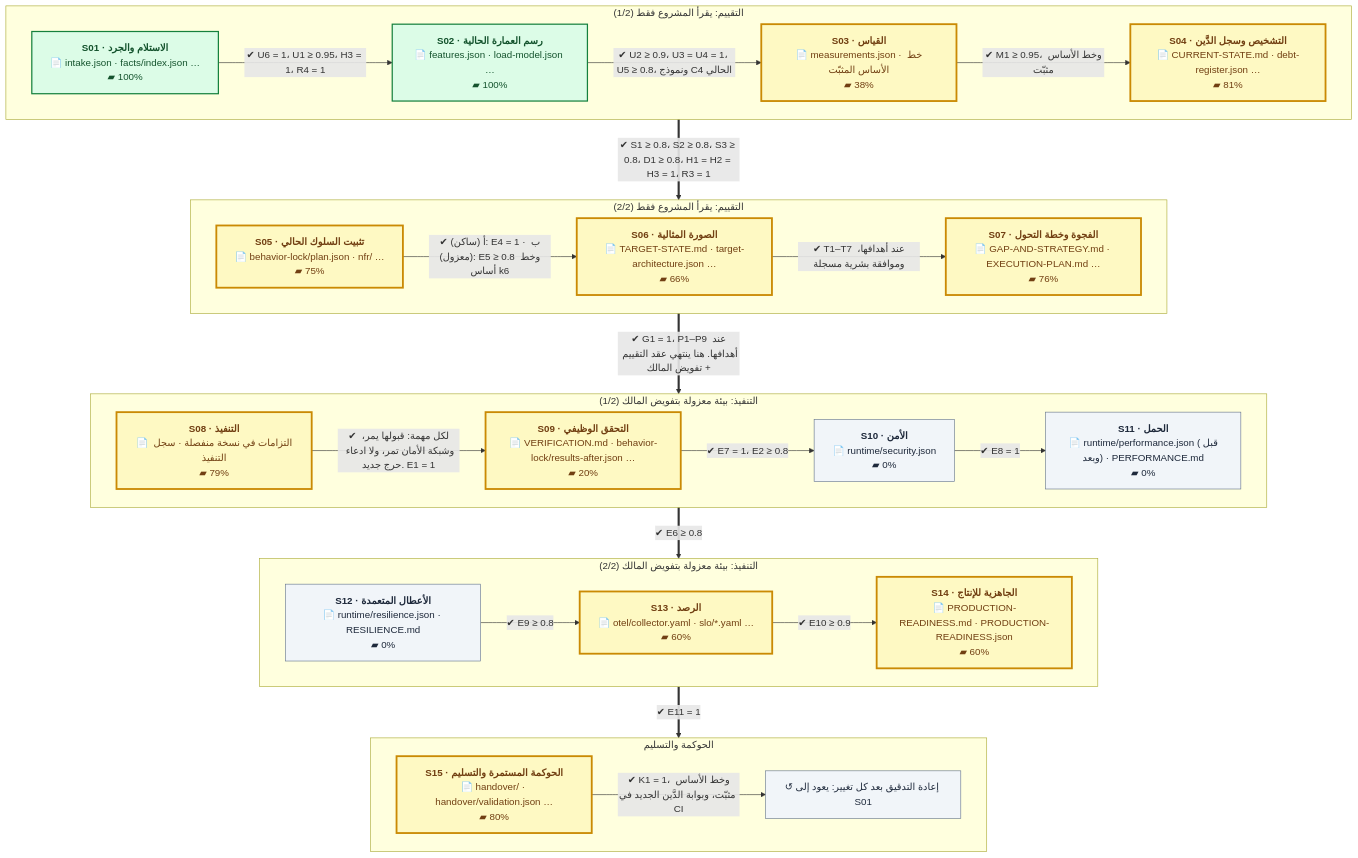
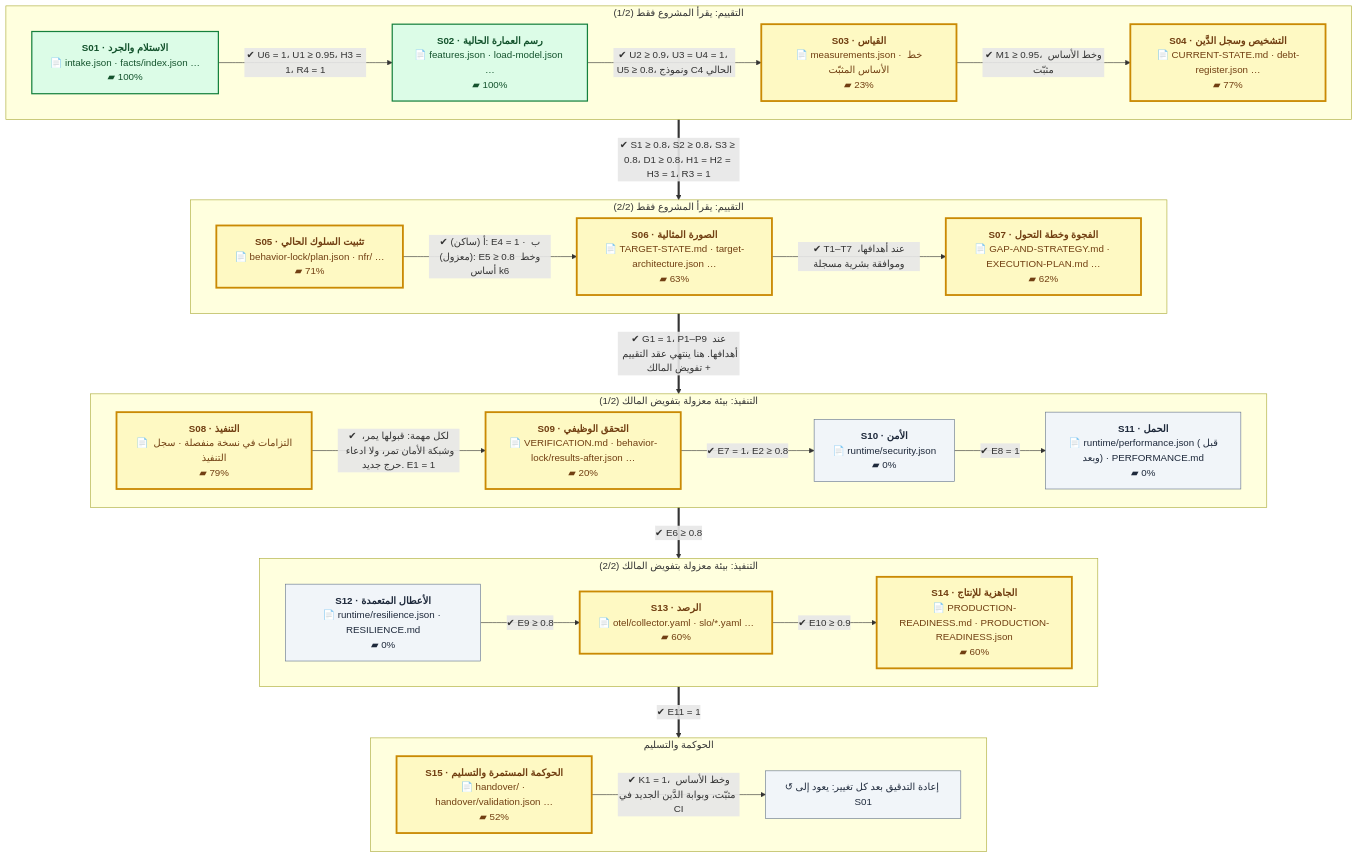
One commit to eom1417/engineering-audit-os changed the first of 2 diagrams in README.md. Above: the diagram before and after it, drawn with Mermaid. The commit also changed other lines of this file and 10 other files, not shown here.

````diff
--- a/README.md
+++ b/README.md
@@ -52,54 +52,54 @@
 ```mermaid
 %%{init: {'flowchart': {'wrappingWidth': 260, 'nodeSpacing': 40, 'rankSpacing': 60}}}%%
 flowchart TB
     subgraph P1["التقييم: يقرأ المشروع فقط (1/2)"]
         direction LR
         S01["<b>S01 · الاستلام والجرد</b><br/>📄 intake.json · facts/index.json …<br/>▰ 100%"]:::done
         S02["<b>S02 · رسم العمارة الحالية</b><br/>📄 features.json · load-model.json …<br/>▰ 100%"]:::done
-        S03["<b>S03 · القياس</b><br/>📄 measurements.json · خط الأساس المثبّت<br/>▰ 38%"]:::current
-        S04["<b>S04 · التشخيص وسجل الدَّين</b><br/>📄 CURRENT-STATE.md · debt-register.json …<br/>▰ 81%"]:::current
+        S03["<b>S03 · القياس</b><br/>📄 measurements.json · خط الأساس المثبّت<br/>▰ 23%"]:::current
+        S04["<b>S04 · التشخيص وسجل الدَّين</b><br/>📄 CURRENT-STATE.md · debt-register.json …<br/>▰ 77%"]:::current
         S01 -->|"✔ U6 = 1، U1 ≥ 0.95، H3 = 1، R4 = 1"| S02
         S02 -->|"✔ U2 ≥ 0.9، U3 = U4 = 1، U5 ≥ 0.8، ونموذج C4 الحالي"| S03
         S03 -->|"✔ M1 ≥ 0.95، وخط الأساس مثبّت"| S04
     end
     subgraph P2["التقييم: يقرأ المشروع فقط (2/2)"]
         direction LR
-        S05["<b>S05 · تثبيت السلوك الحالي</b><br/>📄 behavior-lock/plan.json · nfr/ …<br/>▰ 75%"]:::current
-        S06["<b>S06 · الصورة المثالية</b><br/>📄 TARGET-STATE.md · target-architecture.json …<br/>▰ 66%"]:::current
-        S07["<b>S07 · الفجوة وخطة التحول</b><br/>📄 GAP-AND-STRATEGY.md · EXECUTION-PLAN.md …<br/>▰ 76%"]:::current
+        S05["<b>S05 · تثبيت السلوك الحالي</b><br/>📄 behavior-lock/plan.json · nfr/ …<br/>▰ 71%"]:::current
+        S06["<b>S06 · الصورة المثالية</b><br/>📄 TARGET-STATE.md · target-architecture.json …<br/>▰ 63%"]:::current
+        S07["<b>S07 · الفجوة وخطة التحول</b><br/>📄 GAP-AND-STRATEGY.md · EXECUTION-PLAN.md …<br/>▰ 62%"]:::current
         S05 -->|"✔ أ (ساكن): E4 = 1 · ب (معزول): E5 ≥ 0.8 وخط أساس k6"| S06
         S06 -->|"✔ T1–T7 عند أهدافها، وموافقة بشرية مسجلة"| S07
     end
     subgraph P3["التنفيذ: بيئة معزولة بتفويض المالك (1/2)"]
         direction LR
         S08["<b>S08 · التنفيذ</b><br/>📄 التزامات في نسخة منفصلة · سجل التنفيذ<br/>▰ 79%"]:::current
         S09["<b>S09 · التحقق الوظيفي</b><br/>📄 VERIFICATION.md · behavior-lock/results-after.json …<br/>▰ 20%"]:::current
         S10["<b>S10 · الأمن</b><br/>📄 runtime/security.json<br/>▰ 0%"]:::next
         S11["<b>S11 · الحمل</b><br/>📄 runtime/performance.json (قبل وبعد) · PERFORMANCE.md<br/>▰ 0%"]:::next
         S08 -->|"✔ لكل مهمة: قبولها يمر، وشبكة الأمان تمر، ولا ادعاء حرج جديد. E1 = 1"| S09
         S09 -->|"✔ E7 = 1، E2 ≥ 0.8"| S10
         S10 -->|"✔ E8 = 1"| S11
     end
     subgraph P4["التنفيذ: بيئة معزولة بتفويض المالك (2/2)"]
         direction LR
         S12["<b>S12 · الأعطال المتعمدة</b><br/>📄 runtime/resilience.json · RESILIENCE.md<br/>▰ 0%"]:::next
         S13["<b>S13 · الرصد</b><br/>📄 otel/collector.yaml · slo/*.yaml …<br/>▰ 60%"]:::current
         S14["<b>S14 · الجاهزية للإنتاج</b><br/>📄 PRODUCTION-READINESS.md · PRODUCTION-READINESS.json<br/>▰ 60%"]:::current
         S12 -->|"✔ E9 ≥ 0.8"| S13
         S13 -->|"✔ E10 ≥ 0.9"| S14
     end
     subgraph P5["الحوكمة والتسليم"]
         direction LR
-        S15["<b>S15 · الحوكمة المستمرة والتسليم</b><br/>📄 handover/ · handover/validation.json …<br/>▰ 80%"]:::current
+        S15["<b>S15 · الحوكمة المستمرة والتسليم</b><br/>📄 handover/ · handover/validation.json …<br/>▰ 52%"]:::current
         LOOP["↺ إعادة التدقيق بعد كل تغيير: يعود إلى S01"]:::next
         S15 -->|"✔ K1 = 1، وخط الأساس مثبّت، وبوابة الدَّين الجديد في CI"| LOOP
     end
     P1 ==>|"✔ S1 ≥ 0.8، S2 ≥ 0.8، S3 ≥ 0.8، D1 ≥ 0.8، H1 = H2 = H3 = 1، R3 = 1"| P2
     P2 ==>|"✔ G1 = 1، P1–P9 عند أهدافها. هنا ينتهي عقد التقييم + تفويض المالك"| P3
     P3 ==>|"✔ E6 ≥ 0.8"| P4
     P4 ==>|"✔ E11 = 1"| P5
     classDef done fill:#dcfce7,stroke:#15803d,color:#14532d,stroke-width:2px
     classDef current fill:#fef9c3,stroke:#ca8a04,color:#713f12,stroke-width:3px
     classDef next fill:#f1f5f9,stroke:#64748b,color:#1e293b
     classDef owner fill:#fee2e2,stroke:#b91c1c,color:#7f1d1d,stroke-dasharray:5 3
 ```
````
